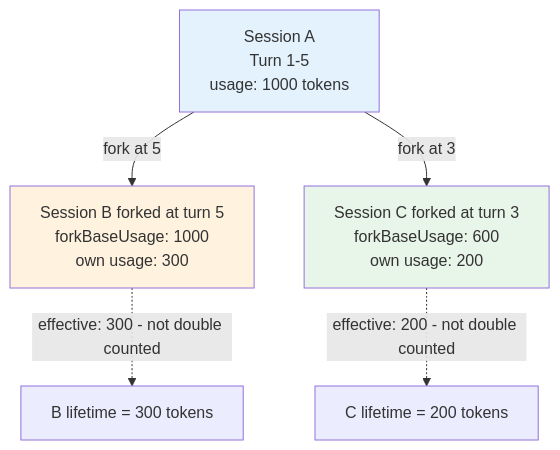
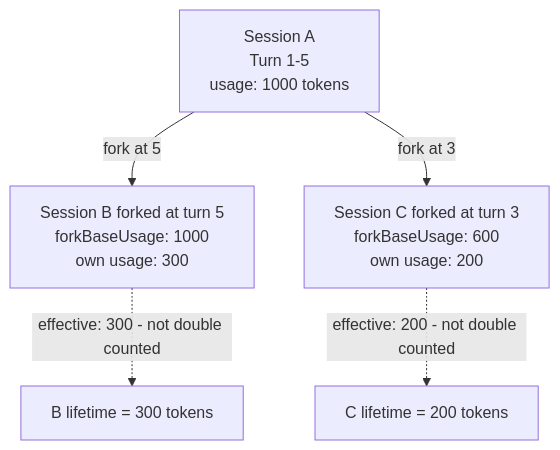
Before and after one commit to smeltery/bureau: the ninth of 9 diagrams in articles/punching-in-building-an-office-for-ai-agents.md, drawn with Mermaid. The commit also changed other lines of this file, not shown here.

First line of the commit message:
fix: remove colored fills from Mermaid diagrams for readability

````diff
--- a/articles/punching-in-building-an-office-for-ai-agents.md
+++ b/articles/punching-in-building-an-office-for-ai-agents.md
@@ -509,16 +497,13 @@
 ```mermaid
 graph TD
     A["Session A<br/>Turn 1-5<br/>usage: 1000 tokens"]
     B["Session B forked at turn 5<br/>forkBaseUsage: 1000<br/>own usage: 300"]
     C["Session C forked at turn 3<br/>forkBaseUsage: 600<br/>own usage: 200"]
 
     A -->|fork at 5| B
     A -->|fork at 3| C
 
     B -.->|effective: 300 - not double counted| Result["B lifetime = 300 tokens"]
     C -.->|effective: 200 - not double counted| Result2["C lifetime = 200 tokens"]
 
-    style A fill:#e3f2fd
-    style B fill:#fff3e0
-    style C fill:#e8f5e9
 ```
````
